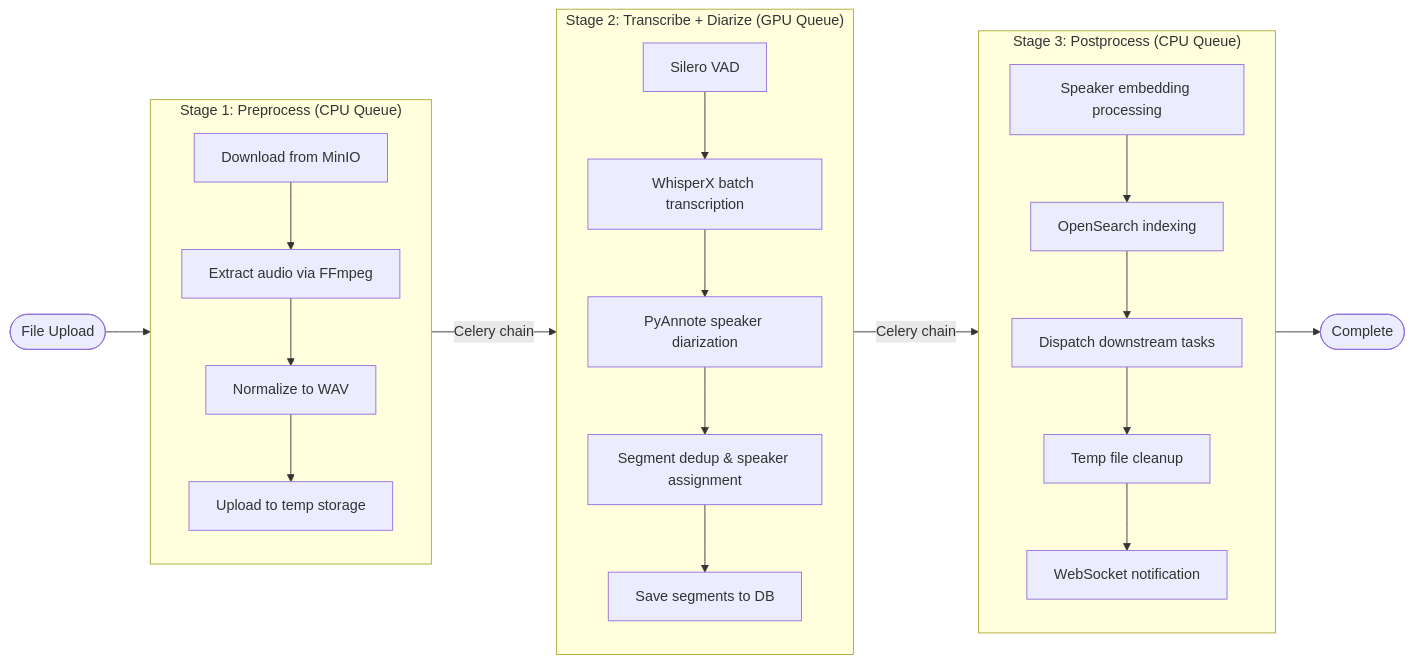
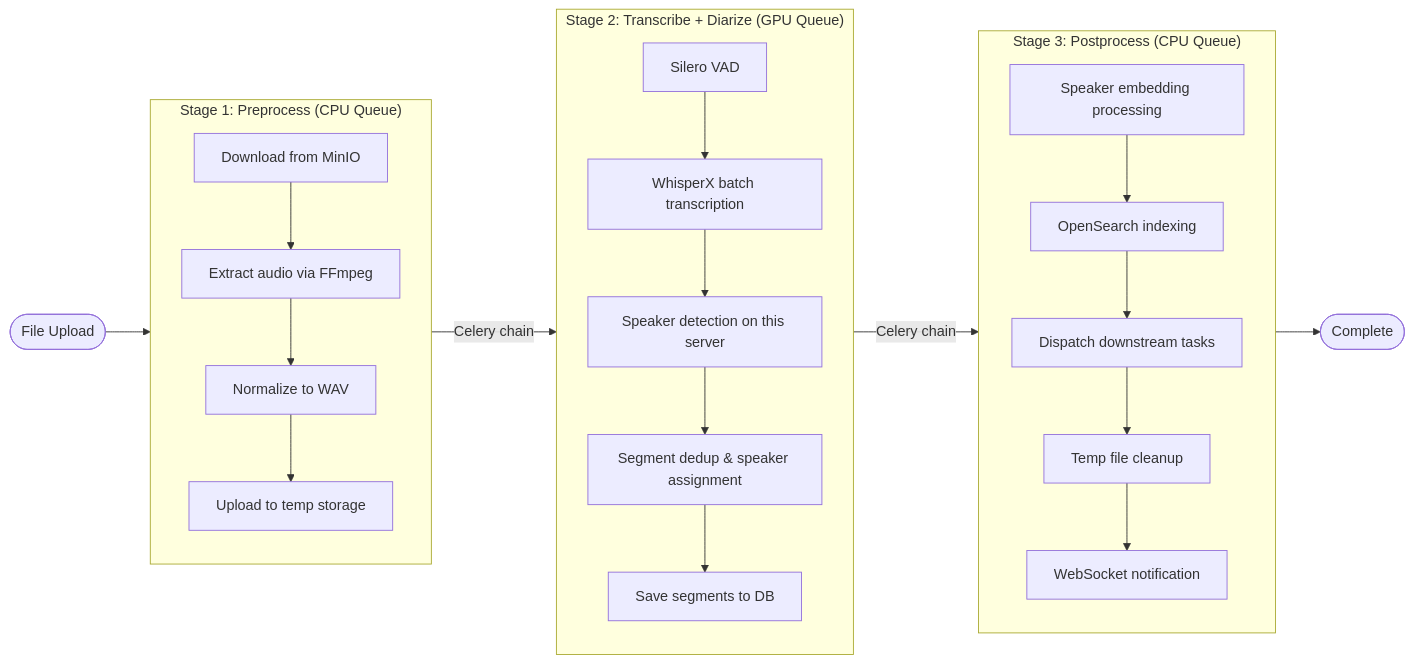
Before and after one commit to attevon-llc/OpenTranscribe: the first of 2 diagrams in docs-site/docs/features/transcription.md, drawn with Mermaid. The commit also changed other lines of this file and 18 other files, not shown here.

````diff
--- a/docs-site/docs/features/transcription.md
+++ b/docs-site/docs/features/transcription.md
@@ -187,33 +187,33 @@
 ```mermaid
 flowchart LR
     Upload([File Upload]) --> S1
 
     subgraph S1["Stage 1: Preprocess (CPU Queue)"]
         direction TB
         S1a[Download from MinIO] --> S1b[Extract audio via FFmpeg]
         S1b --> S1c[Normalize to WAV]
         S1c --> S1d[Upload to temp storage]
     end
 
     S1 -->|Celery chain| S2
 
     subgraph S2["Stage 2: Transcribe + Diarize (GPU Queue)"]
         direction TB
         S2a[Silero VAD] --> S2b[WhisperX batch transcription]
-        S2b --> S2c[PyAnnote speaker diarization]
+        S2b --> S2c[Speaker detection on this server]
         S2c --> S2d[Segment dedup & speaker assignment]
         S2d --> S2e[Save segments to DB]
     end
 
     S2 -->|Celery chain| S3
 
     subgraph S3["Stage 3: Postprocess (CPU Queue)"]
         direction TB
         S3a[Speaker embedding processing] --> S3b[OpenSearch indexing]
         S3b --> S3c[Dispatch downstream tasks]
         S3c --> S3d[Temp file cleanup]
         S3d --> S3e[WebSocket notification]
     end
 
     S3 --> Done([Complete])
 ```
````
